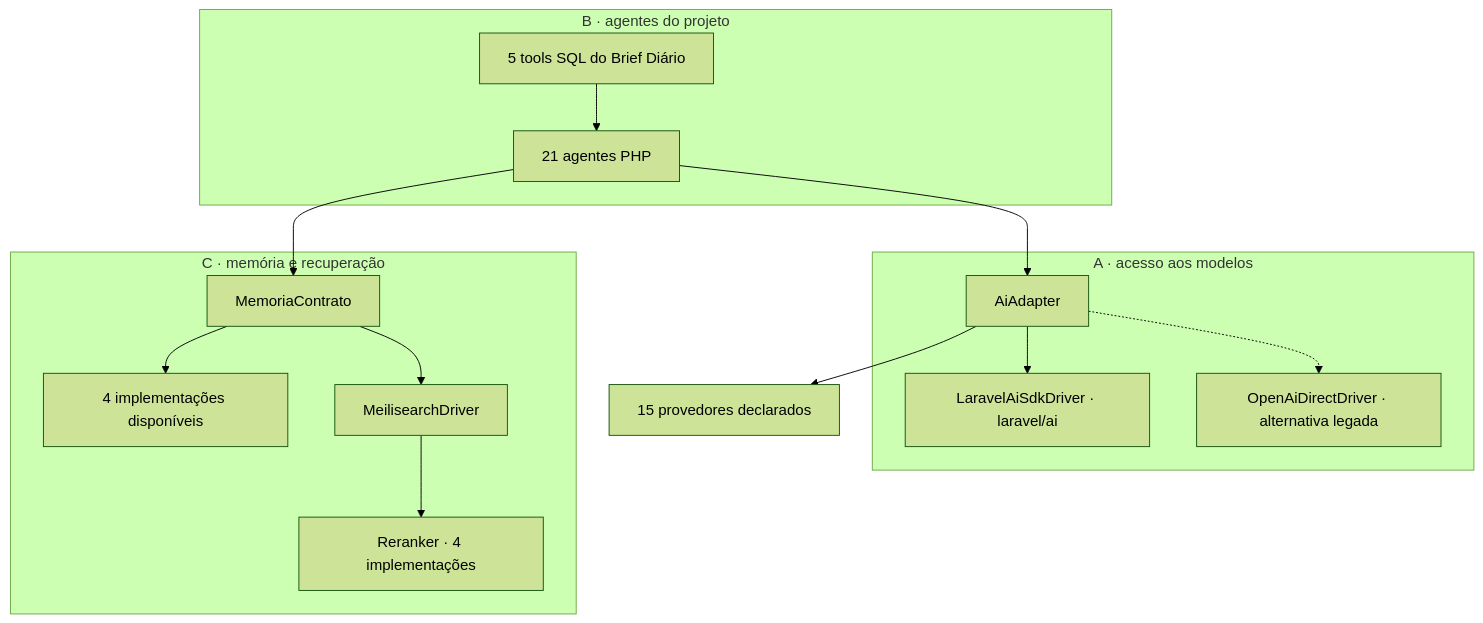
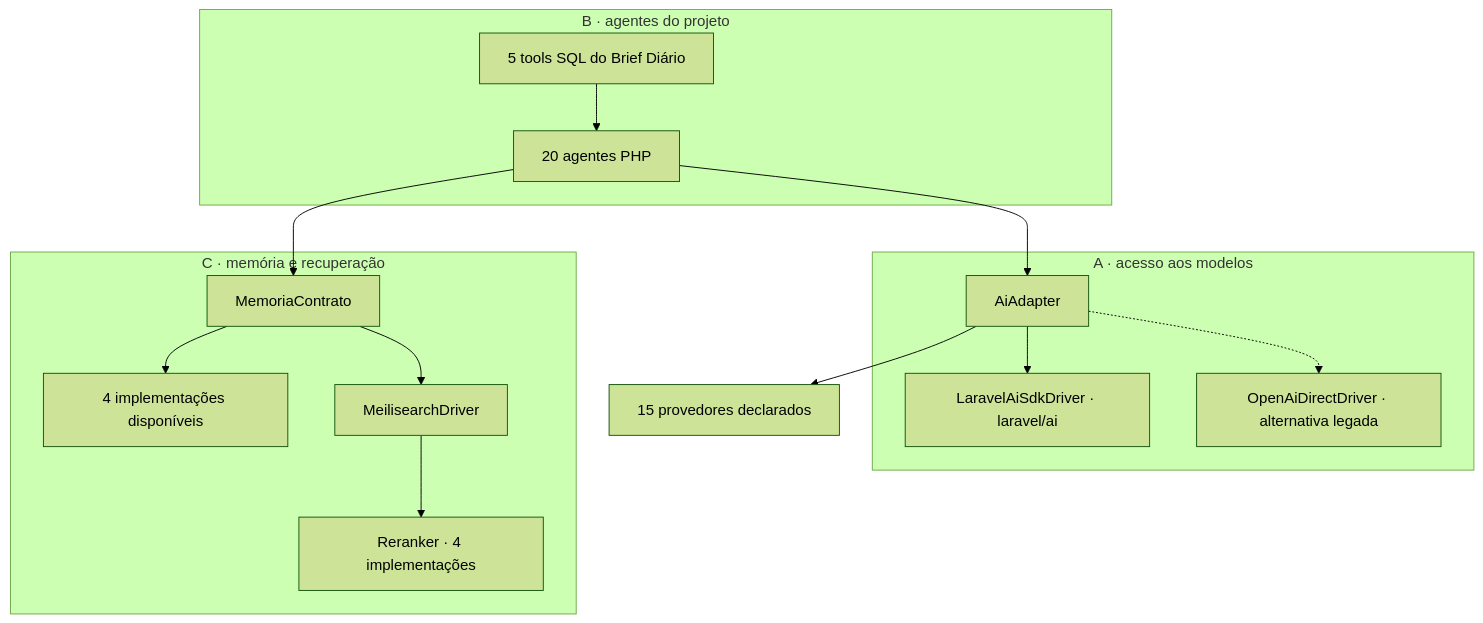
One commit to wagnerra23/oimpresso.com changed the second of 5 diagrams in memory/requisitos/Jana/ARCHITECTURE.md. Above: the diagram before and after it, drawn with Mermaid (forest theme). The commit also changed other lines of this file and 7 other files, not shown here.

````diff
--- a/memory/requisitos/Jana/ARCHITECTURE.md
+++ b/memory/requisitos/Jana/ARCHITECTURE.md
@@ -55,25 +55,25 @@
 ```mermaid
 flowchart TB
   subgraph B["B · agentes do projeto"]
-    AG["21 agentes PHP"]
+    AG["20 agentes PHP"]
     DATA["5 tools SQL do Brief Diário"]
     DATA --> AG
   end
   subgraph A["A · acesso aos modelos"]
     CONTRACT["AiAdapter"]
     SDK["LaravelAiSdkDriver · laravel/ai"]
     LEGACY["OpenAiDirectDriver · alternativa legada"]
     CONTRACT --> SDK
     CONTRACT -.-> LEGACY
   end
   subgraph C["C · memória e recuperação"]
     MEMORY["MemoriaContrato"]
     MEMIMPL["4 implementações disponíveis"]
     SEARCH["MeilisearchDriver"]
     RERANK["Reranker · 4 implementações"]
     MEMORY --> MEMIMPL
     MEMORY --> SEARCH --> RERANK
   end
   AG --> CONTRACT --> PROVIDERS["15 provedores declarados"]
   AG --> MEMORY
 ```
````
